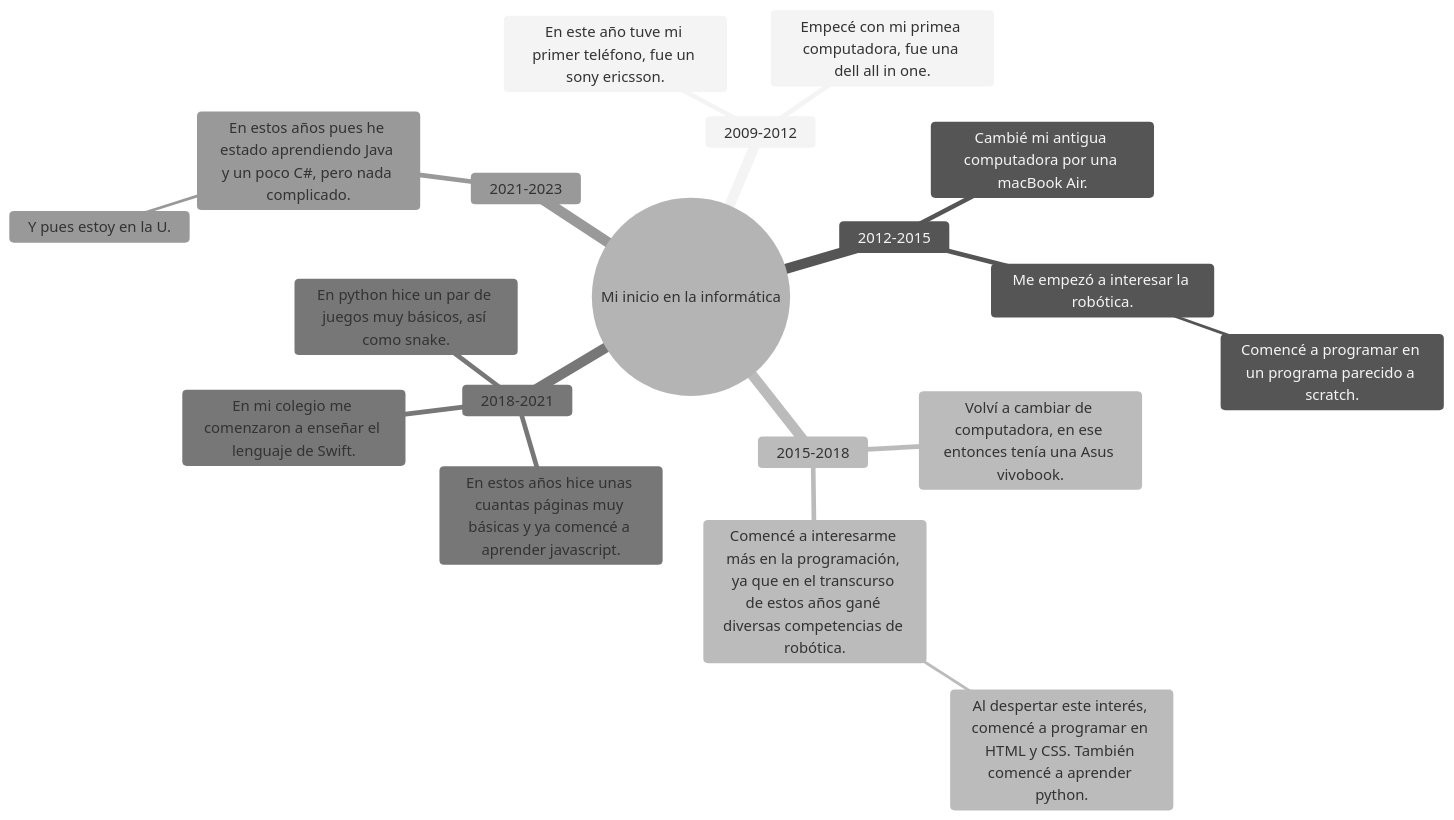
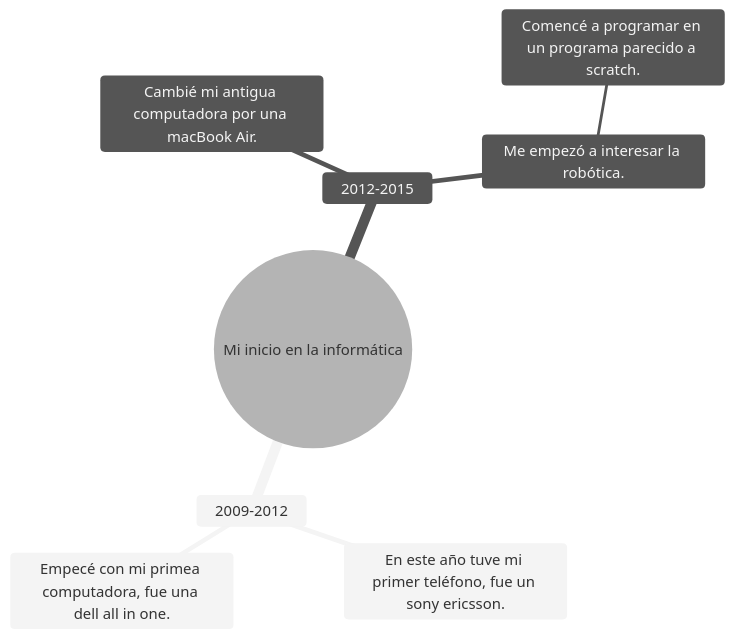
One commit to pablohg-uea/01-timeline changed the diagram in brandon_samayoa_timeline/timeline.md. Above: the diagram before and after it, drawn with Mermaid (neutral theme).

````diff
--- a/brandon_samayoa_timeline/timeline.md
+++ b/brandon_samayoa_timeline/timeline.md
@@ -5,33 +5,15 @@
 ```mermaid
 mindmap
   root((Mi inicio en la informática))
     2009-2012
          En este año tuve mi primer teléfono, fue un sony ericsson.
       ::icon(fa fa-phone)
         Empecé con mi primea computadora, fue una dell all in one.
       ::icon(fa fa-computer)    
     2012-2015
       Cambié mi antigua computadora por una macBook Air.
       ::icon(fa fa-laptop) 
       Me empezó a interesar la robótica.
       ::icon(fa fa-robot) 
         Comencé a programar en un programa parecido a scratch.
-    2015-2018
-      Volví a cambiar de computadora, en ese entonces tenía una Asus vivobook.
-      ::icon(fa fa-laptop) 
-      Comencé a interesarme más en la programación, ya que en el transcurso de estos años gané diversas competencias de robótica.
-        Al despertar este interés, comencé a programar en HTML y CSS. También comencé a aprender python.
-        ::icon(fa fa-code)
-
-    2018-2021
-        En estos años hice unas cuantas páginas muy básicas y ya comencé a aprender javascript.
-        ::icon(fa fa-code)
-        En mi colegio me comenzaron a enseñar el lenguaje de Swift.
-        ::icon(fa fa-code)
-        En python hice un par de juegos muy básicos, así como snake.
-        ::icon(fa fa-code)
-    2021-2023
-        En estos años pues he estado aprendiendo Java y un poco C#, pero nada complicado.
-        ::icon(fa fa-code)
-            Y pues estoy en la U.
 ```
````
